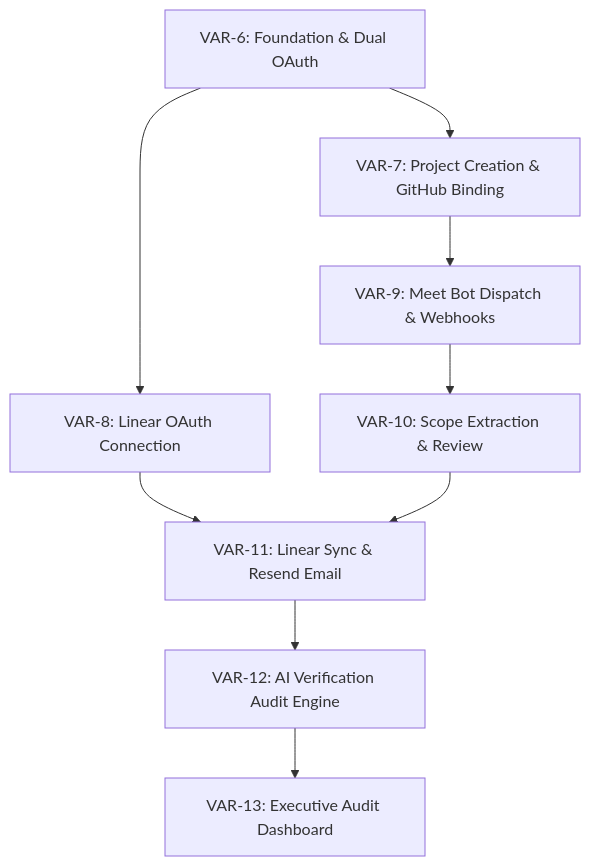
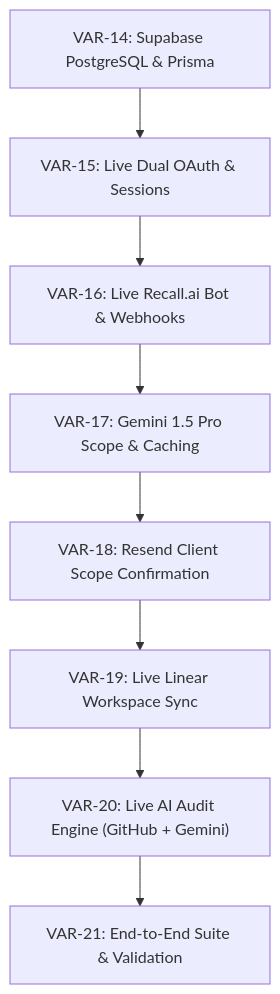
One commit to giridhar436/CommitCheck changed the diagram in docs/tickets.md. Above: the diagram before and after it, drawn with Mermaid. The commit also changed other lines of this file and 31 other files, not shown here.

````diff
--- a/docs/tickets.md
+++ b/docs/tickets.md
@@ -11,11 +11,10 @@
 ```mermaid
 flowchart TD
-    VAR6["VAR-6: Foundation & Dual OAuth"] --> VAR7["VAR-7: Project Creation & GitHub Binding"]
-    VAR6 --> VAR8["VAR-8: Linear OAuth Connection"]
-    VAR7 --> VAR9["VAR-9: Meet Bot Dispatch & Webhooks"]
-    VAR9 --> VAR10["VAR-10: Scope Extraction & Review"]
-    VAR8 --> VAR11["VAR-11: Linear Sync & Resend Email"]
-    VAR10 --> VAR11
-    VAR11 --> VAR12["VAR-12: AI Verification Audit Engine"]
-    VAR12 --> VAR13["VAR-13: Executive Audit Dashboard"]
+    VAR14["VAR-14: Supabase PostgreSQL & Prisma"] --> VAR15["VAR-15: Live Dual OAuth & Sessions"]
+    VAR15 --> VAR16["VAR-16: Live Recall.ai Bot & Webhooks"]
+    VAR16 --> VAR17["VAR-17: Gemini 1.5 Pro Scope & Caching"]
+    VAR17 --> VAR18["VAR-18: Resend Client Scope Confirmation"]
+    VAR18 --> VAR19["VAR-19: Live Linear Workspace Sync"]
+    VAR19 --> VAR20["VAR-20: Live AI Audit Engine (GitHub + Gemini)"]
+    VAR20 --> VAR21["VAR-21: End-to-End Suite & Validation"]
 ```
````
